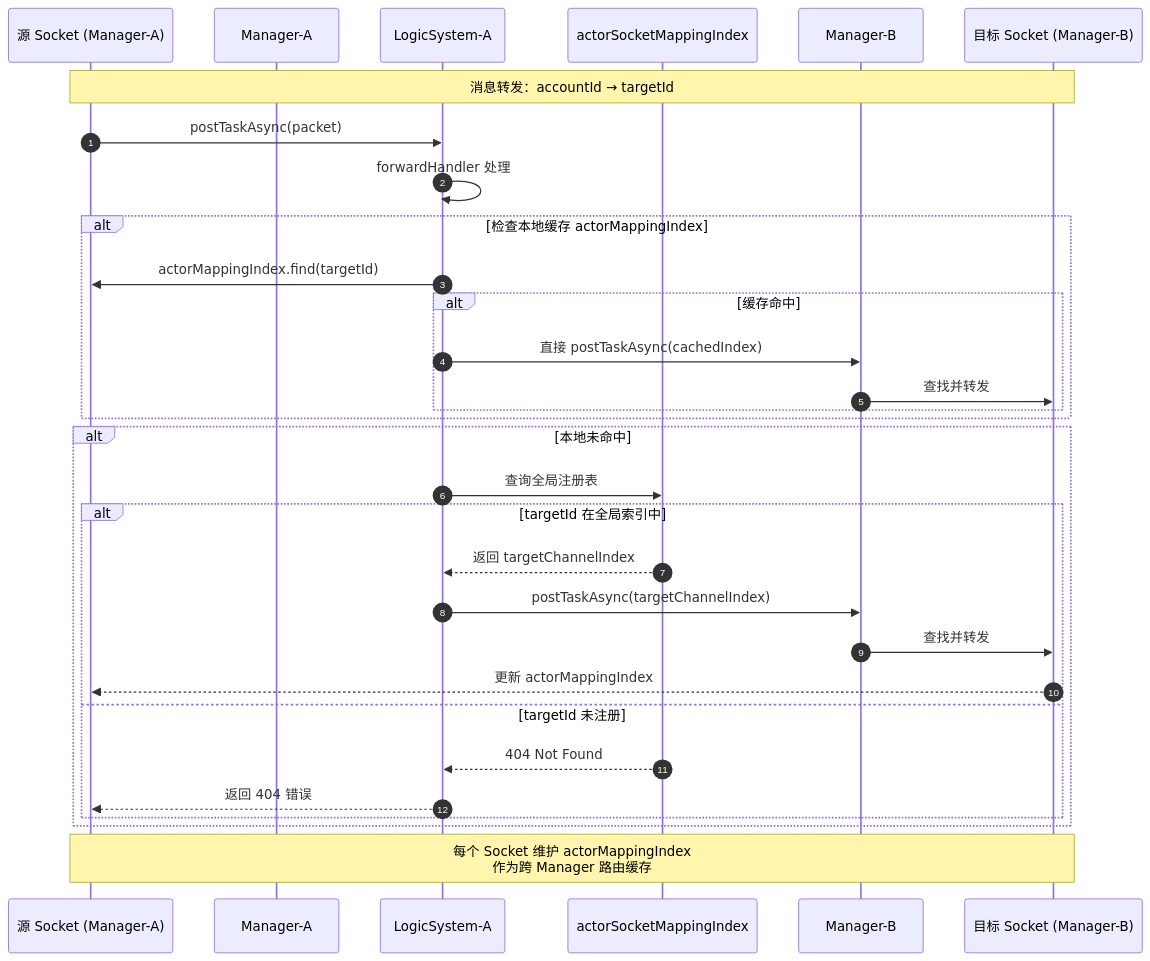
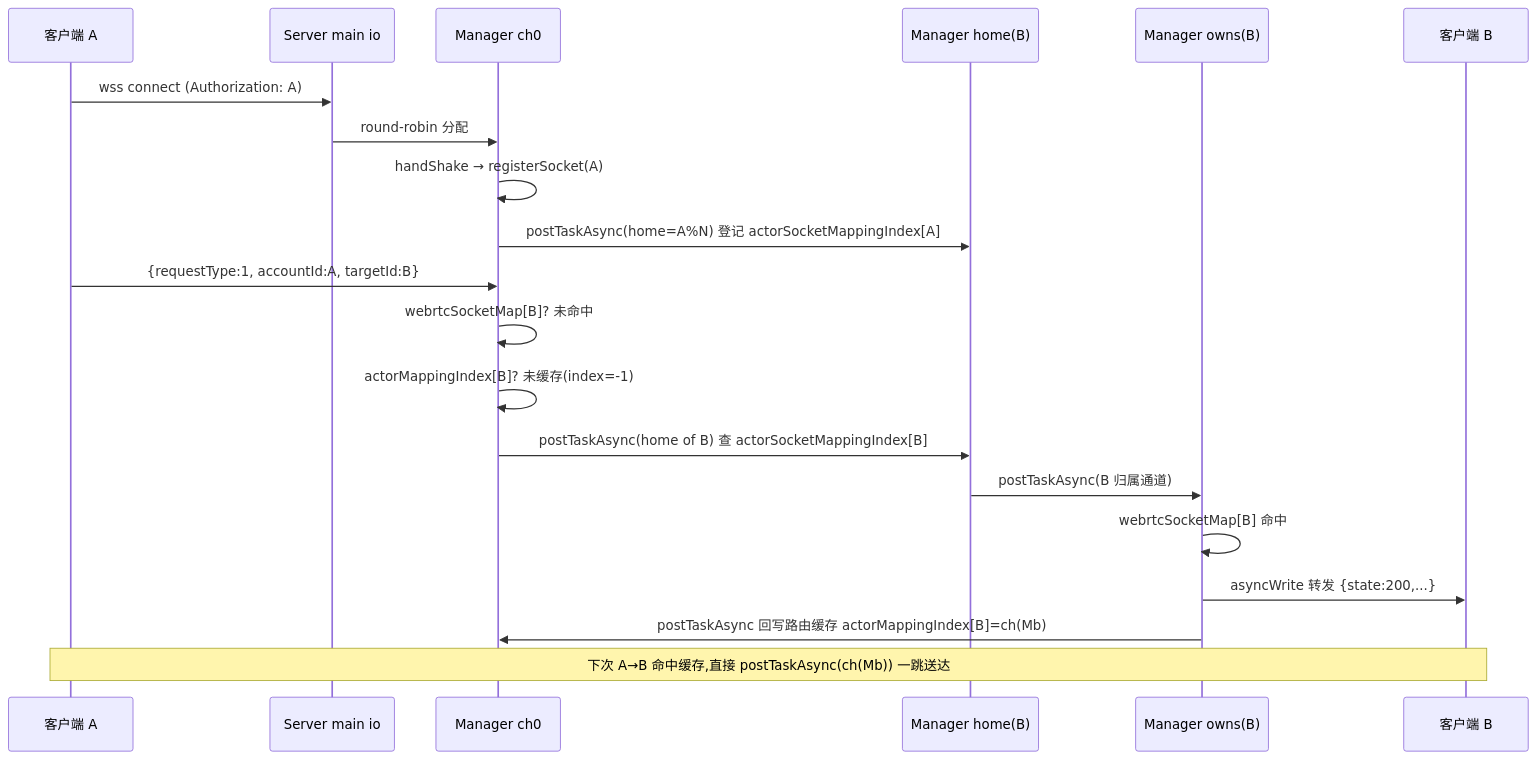
The second of 5 diagrams in webrtc-signal-server.md (HopeTiga/HopeDesk), drawn with Mermaid before and after one commit. The commit also changed other lines of this file, not shown here.

````diff
--- a/webrtc-signal-server.md
+++ b/webrtc-signal-server.md
@@ -233,38 +209,22 @@
 ```mermaid
 sequenceDiagram
-    autonumber
-    participant SrcSock as 源 Socket (Manager-A)
-    participant SrcMgr as Manager-A
-    participant LogicA as LogicSystem-A
-    participant GlobalIdx as actorSocketMappingIndex
-    participant DstMgr as Manager-B
-    participant DstSock as 目标 Socket (Manager-B)
-
-    Note over SrcSock,DstSock: 消息转发：accountId → targetId
-
-    SrcSock->>LogicA: postTaskAsync(packet)
-    LogicA->>LogicA: forwardHandler 处理
-
-    alt 检查本地缓存 actorMappingIndex
-        LogicA->>SrcSock: actorMappingIndex.find(targetId)
-        alt 缓存命中
-            LogicA->>DstMgr: 直接 postTaskAsync(cachedIndex)
-            DstMgr->>DstSock: 查找并转发
-        end
-    end
-
-    alt 本地未命中
-        LogicA->>GlobalIdx: 查询全局注册表
-        alt targetId 在全局索引中
-            GlobalIdx-->>LogicA: 返回 targetChannelIndex
-            LogicA->>DstMgr: postTaskAsync(targetChannelIndex)
-            DstMgr->>DstSock: 查找并转发
-            DstSock-->>SrcSock: 更新 actorMappingIndex
-        else targetId 未注册
-            GlobalIdx-->>LogicA: 404 Not Found
-            LogicA-->>SrcSock: 返回 404 错误
-        end
-    end
-
-    Note over SrcSock,DstSock: 每个 Socket 维护 actorMappingIndex<br/>作为跨 Manager 路由缓存
+  participant C as 客户端 A
+  participant Srv as Server main io
+  participant M0 as Manager ch0
+  participant Mh as Manager home(B)
+  participant Mb as Manager owns(B)
+  participant B as 客户端 B
+  C->>Srv: wss connect (Authorization: A)
+  Srv->>M0: round-robin 分配
+  M0->>M0: handShake → registerSocket(A)
+  M0->>Mh: postTaskAsync(home=A%N) 登记 actorSocketMappingIndex[A]
+  C->>M0: {requestType:1, accountId:A, targetId:B}
+  M0->>M0: webrtcSocketMap[B]? 未命中
+  M0->>M0: actorMappingIndex[B]? 未缓存(index=-1)
+  M0->>Mh: postTaskAsync(home of B) 查 actorSocketMappingIndex[B]
+  Mh->>Mb: postTaskAsync(B 归属通道)
+  Mb->>Mb: webrtcSocketMap[B] 命中
+  Mb->>B: asyncWrite 转发 {state:200,...}
+  Mb->>M0: postTaskAsync 回写路由缓存 actorMappingIndex[B]=ch(Mb)
+  Note over C,B: 下次 A→B 命中缓存,直接 postTaskAsync(ch(Mb)) 一跳送达
 ```
````
